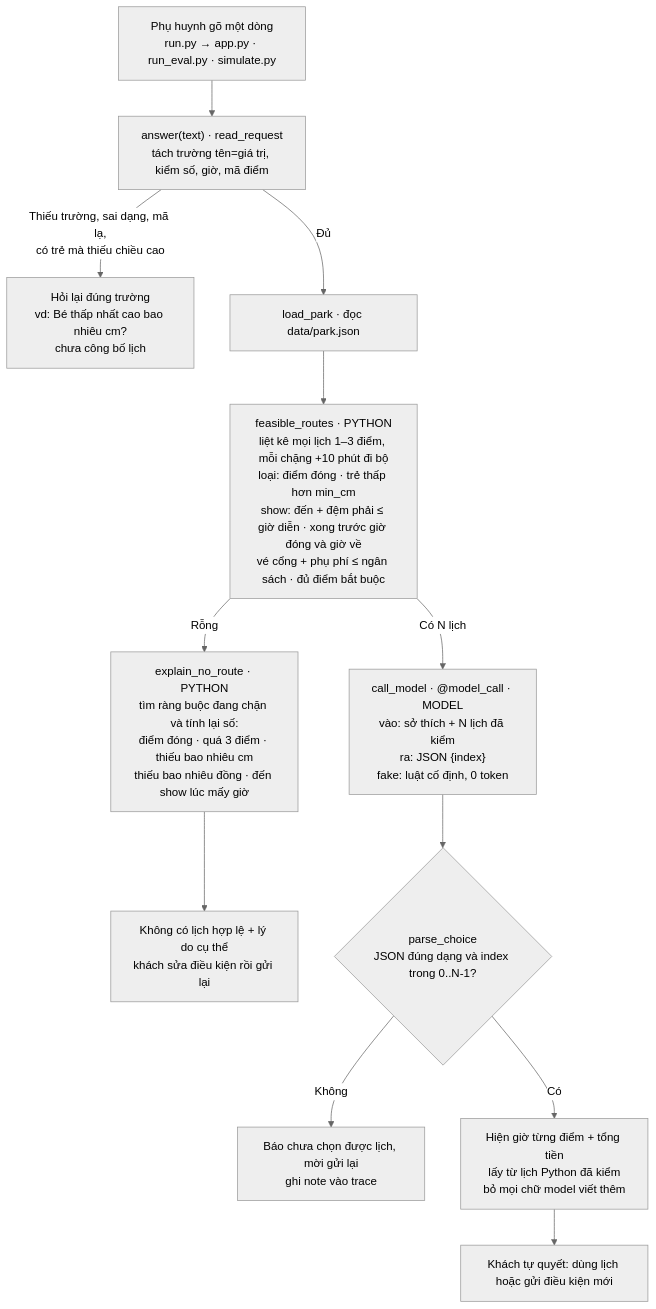
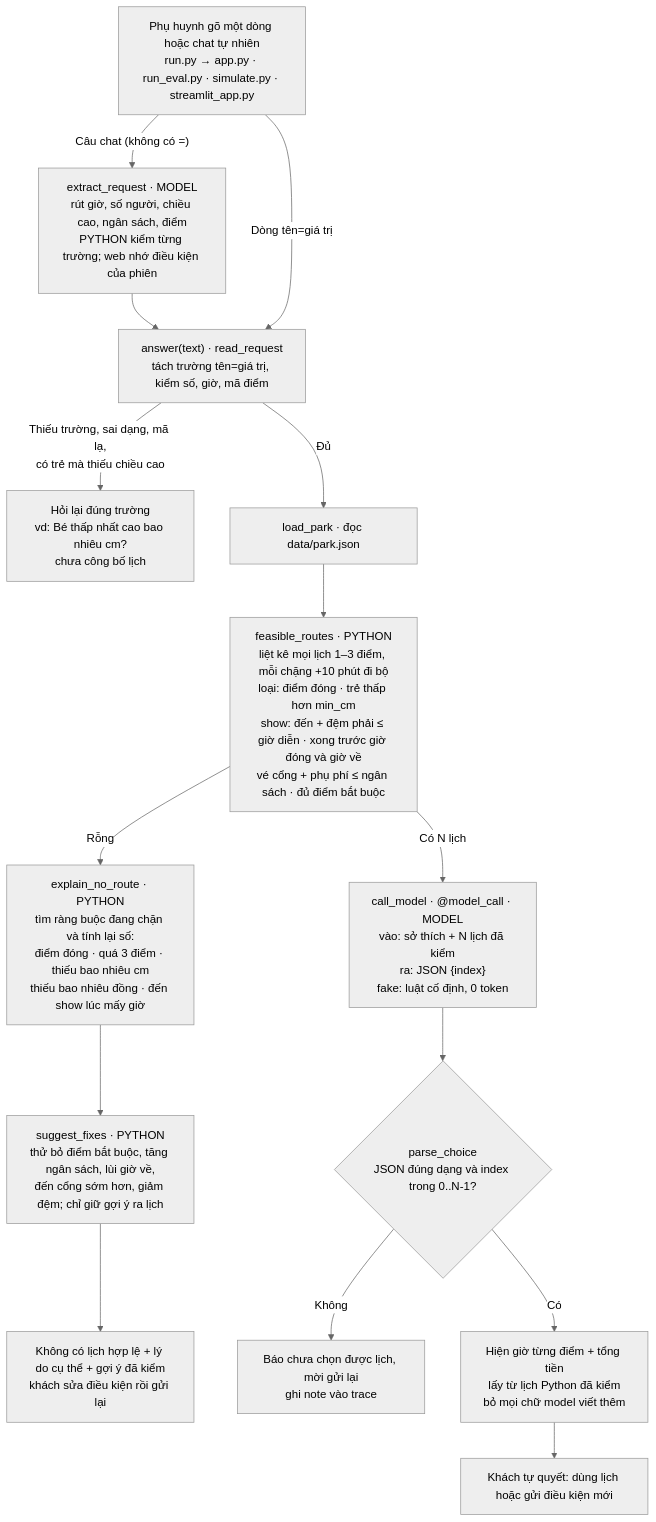
Before and after one commit to VictorUIT/K5-L3A-DAY15-SaoCungDuoc: the diagram in spec.md, drawn with Mermaid (neutral theme). The commit also changed other lines of this file and 13 other files, not shown here.

First line of the commit message:
Chatbox Streamlit, mô phỏng chi phí 50 phiên, báo cáo CP4

````diff
--- a/spec.md
+++ b/spec.md
@@ -25,14 +25,17 @@
 ```mermaid
 flowchart TD
-    A["Phụ huynh gõ một dòng<br/>run.py → app.py · run_eval.py · simulate.py"] --> B["answer(text) · read_request<br/>tách trường tên=giá trị, kiểm số, giờ, mã điểm"]
+    A["Phụ huynh gõ một dòng hoặc chat tự nhiên<br/>run.py → app.py · run_eval.py · simulate.py · streamlit_app.py"] -->|"Câu chat (không có =)"| EX["extract_request · MODEL<br/>rút giờ, số người, chiều cao, ngân sách, điểm<br/>PYTHON kiểm từng trường; web nhớ điều kiện của phiên"]
+    EX --> B
+    A -->|"Dòng tên=giá trị"| B["answer(text) · read_request<br/>tách trường tên=giá trị, kiểm số, giờ, mã điểm"]
     B -->|"Thiếu trường, sai dạng, mã lạ,<br/>có trẻ mà thiếu chiều cao"| Q["Hỏi lại đúng trường<br/>vd: Bé thấp nhất cao bao nhiêu cm?<br/>chưa công bố lịch"]
     B -->|Đủ| L["load_park · đọc data/park.json"]
     L --> F["feasible_routes · PYTHON<br/>liệt kê mọi lịch 1–3 điểm, mỗi chặng +10 phút đi bộ<br/>loại: điểm đóng · trẻ thấp hơn min_cm<br/>show: đến + đệm phải ≤ giờ diễn · xong trước giờ đóng và giờ về<br/>vé cổng + phụ phí ≤ ngân sách · đủ điểm bắt buộc"]
     F -->|Rỗng| X["explain_no_route · PYTHON<br/>tìm ràng buộc đang chặn và tính lại số:<br/>điểm đóng · quá 3 điểm · thiếu bao nhiêu cm<br/>thiếu bao nhiêu đồng · đến show lúc mấy giờ"]
-    X --> XO["Không có lịch hợp lệ + lý do cụ thể<br/>khách sửa điều kiện rồi gửi lại"]
+    X --> SF["suggest_fixes · PYTHON<br/>thử bỏ điểm bắt buộc, tăng ngân sách, lùi giờ về,<br/>đến cổng sớm hơn, giảm đệm; chỉ giữ gợi ý ra lịch"]
+    SF --> XO["Không có lịch hợp lệ + lý do cụ thể + gợi ý đã kiểm<br/>khách sửa điều kiện rồi gửi lại"]
     F -->|Có N lịch| M["call_model · @model_call · MODEL<br/>vào: sở thích + N lịch đã kiểm<br/>ra: JSON {index}<br/>fake: luật cố định, 0 token"]
     M --> P{"parse_choice<br/>JSON đúng dạng và index trong 0..N-1?"}
     P -->|Không| E["Báo chưa chọn được lịch, mời gửi lại<br/>ghi note vào trace"]
     P -->|Có| H["Hiện giờ từng điểm + tổng tiền<br/>lấy từ lịch Python đã kiểm<br/>bỏ mọi chữ model viết thêm"]
     H --> K["Khách tự quyết: dùng lịch hoặc gửi điều kiện mới"]
 ```
````
